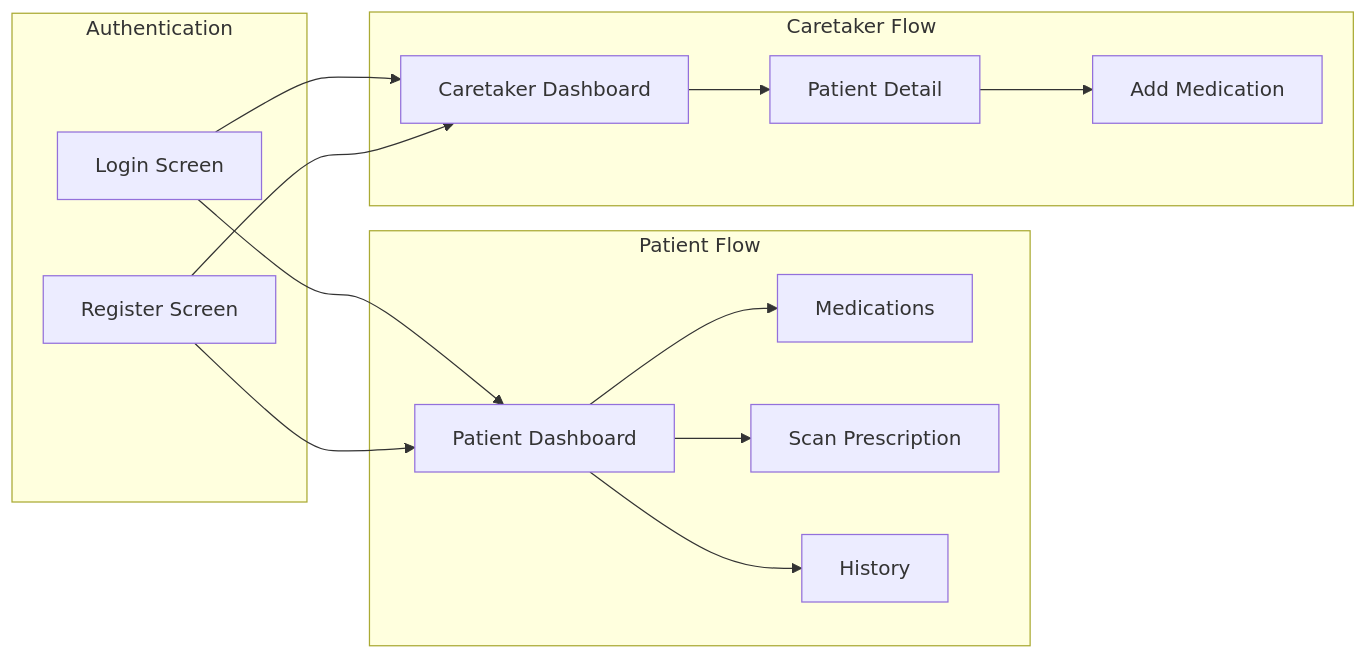
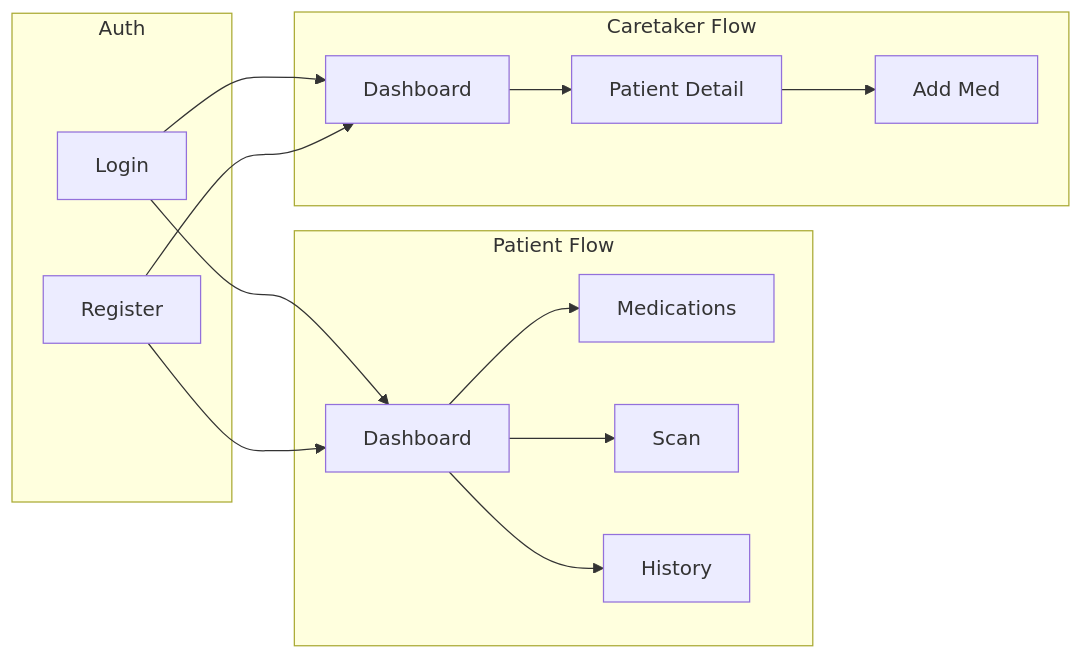
The second of 3 diagrams in README.md (Savita-debug/mobile-app), drawn with Mermaid before and after one commit. The commit also changed other lines of this file, not shown here.

Commit message:
docs: fix README - use proper Mermaid graph syntax

````diff
--- a/README.md
+++ b/README.md
@@ -42,30 +40,30 @@
 ```mermaid
-flowchart LR
-    subgraph Auth["Authentication"]
-        Login["Login Screen"]
-        Register["Register Screen"]
+graph LR
+    subgraph Auth[Auth]
+        Login[Login]
+        Register[Register]
     end
     
-    subgraph Patient["Patient Flow"]
-        PD["Patient Dashboard"]
-        PM["Medications"]
-        PS["Scan Prescription"]
-        PH["History"]
+    subgraph Patient[Patient Flow]
+        PD[Dashboard]
+        PM[Medications]
+        PS[Scan]
+        PH[History]
     end
     
-    subgraph Caretaker["Caretaker Flow"]
-        CD["Caretaker Dashboard"]
-        PP["Patient Detail"]
-        PAM["Add Medication"]
+    subgraph Caretaker[Caretaker Flow]
+        CD[Dashboard]
+        PP[Patient Detail]
+        PAM[Add Med]
     end
     
     Login --> PD
     Login --> CD
     Register --> PD
     Register --> CD
     PD --> PM
     PD --> PS
     PD --> PH
     CD --> PP
     PP --> PAM
 ```
````
